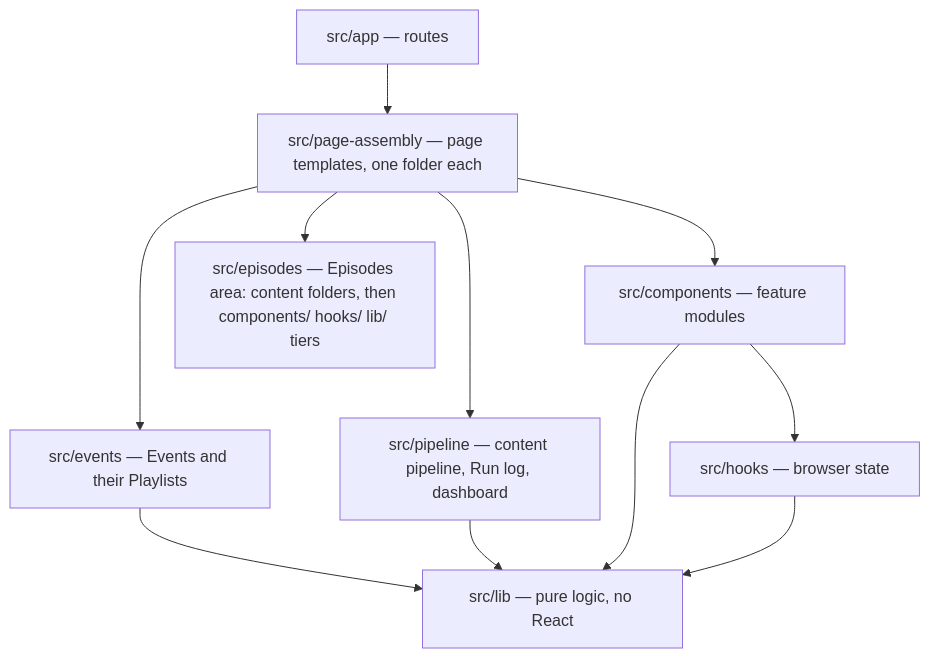
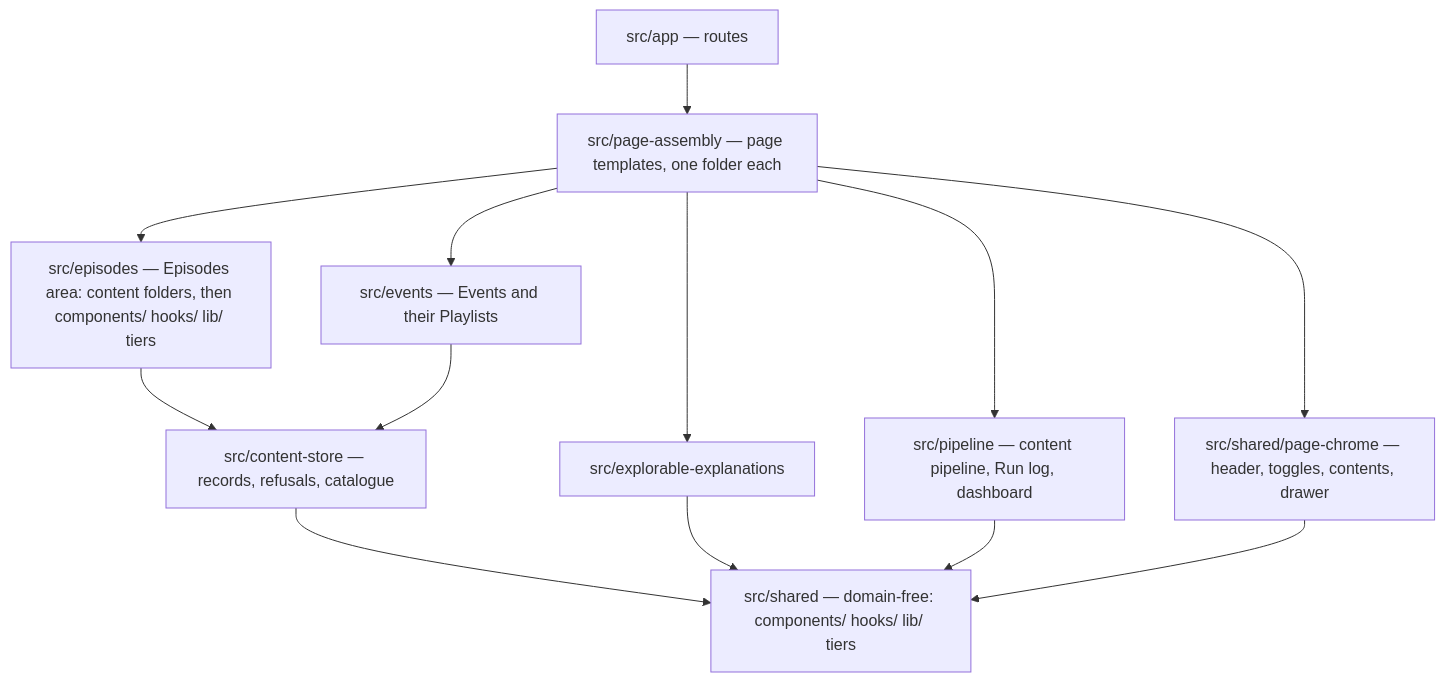
One commit to hancrafted/content-library changed the first of 5 diagrams in .archgate/adrs/FE-004-slide-architecture.md. Above: the diagram before and after it, drawn with Mermaid. The commit also changed other lines of this file and 613 other files, not shown here.

````diff
--- a/.archgate/adrs/FE-004-slide-architecture.md
+++ b/.archgate/adrs/FE-004-slide-architecture.md
@@ -22,13 +22,15 @@
 ```mermaid
 flowchart TD
   app["src/app — routes"] --> pages["src/page-assembly — page templates, one folder each"]
-  pages --> comp["src/components — feature modules"]
   pages --> area["src/episodes — Episodes area: content folders, then components/ hooks/ lib/ tiers"]
   pages --> events["src/events — Events and their Playlists"]
-  events --> lib
+  pages --> explain["src/explorable-explanations"]
   pages --> pipeline["src/pipeline — content pipeline, Run log, dashboard"]
-  pipeline --> lib
-  comp --> hooks["src/hooks — browser state"]
-  comp --> lib["src/lib — pure logic, no React"]
-  hooks --> lib
+  pages --> chrome["src/shared/page-chrome — header, toggles, contents, drawer"]
+  area --> store["src/content-store — records, refusals, catalogue"]
+  events --> store
+  store --> shared["src/shared — domain-free: components/ hooks/ lib/ tiers"]
+  explain --> shared
+  pipeline --> shared
+  chrome --> shared
 ```
````
